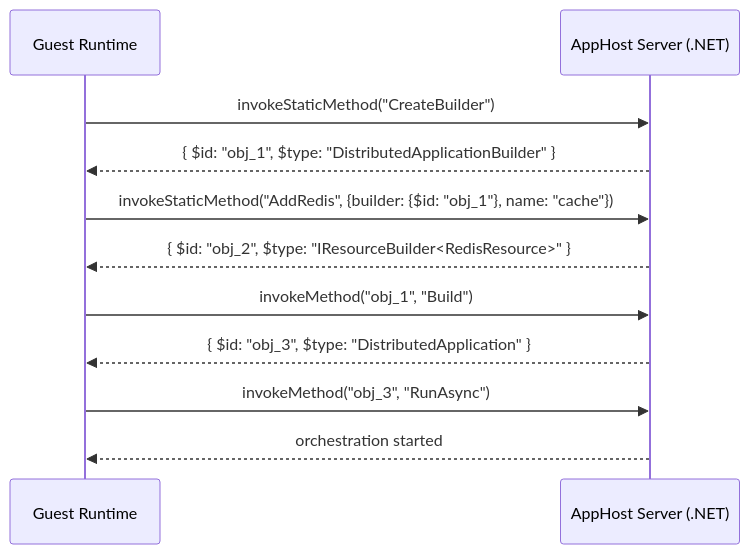
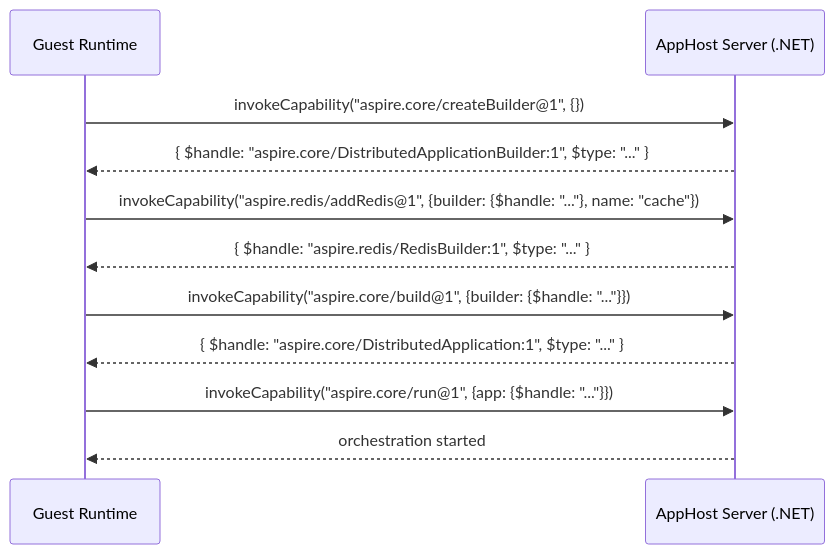
One commit to dotnet/aspire changed the second of 3 diagrams in docs/specs/polyglot-apphost.md. Above: the diagram before and after it, drawn with Mermaid. The commit also changed other lines of this file and 36 other files, not shown here.

First line of the commit message:
Add ATS intrinsic types and builder exports for distributed applications

````diff
--- a/docs/specs/polyglot-apphost.md
+++ b/docs/specs/polyglot-apphost.md
@@ -64,17 +76,17 @@
 ```mermaid
 sequenceDiagram
     participant G as Guest Runtime
     participant H as AppHost Server (.NET)
 
-    G->>H: invokeStaticMethod("CreateBuilder")
-    H-->>G: { $id: "obj_1", $type: "DistributedApplicationBuilder" }
+    G->>H: invokeCapability("aspire.core/createBuilder@1", {})
+    H-->>G: { $handle: "aspire.core/DistributedApplicationBuilder:1", $type: "..." }
 
-    G->>H: invokeStaticMethod("AddRedis", {builder: {$id: "obj_1"}, name: "cache"})
-    H-->>G: { $id: "obj_2", $type: "IResourceBuilder<RedisResource>" }
+    G->>H: invokeCapability("aspire.redis/addRedis@1", {builder: {$handle: "..."}, name: "cache"})
+    H-->>G: { $handle: "aspire.redis/RedisBuilder:1", $type: "..." }
 
-    G->>H: invokeMethod("obj_1", "Build")
-    H-->>G: { $id: "obj_3", $type: "DistributedApplication" }
+    G->>H: invokeCapability("aspire.core/build@1", {builder: {$handle: "..."}})
+    H-->>G: { $handle: "aspire.core/DistributedApplication:1", $type: "..." }
 
-    G->>H: invokeMethod("obj_3", "RunAsync")
+    G->>H: invokeCapability("aspire.core/run@1", {app: {$handle: "..."}})
     H-->>G: orchestration started
 ```
````
